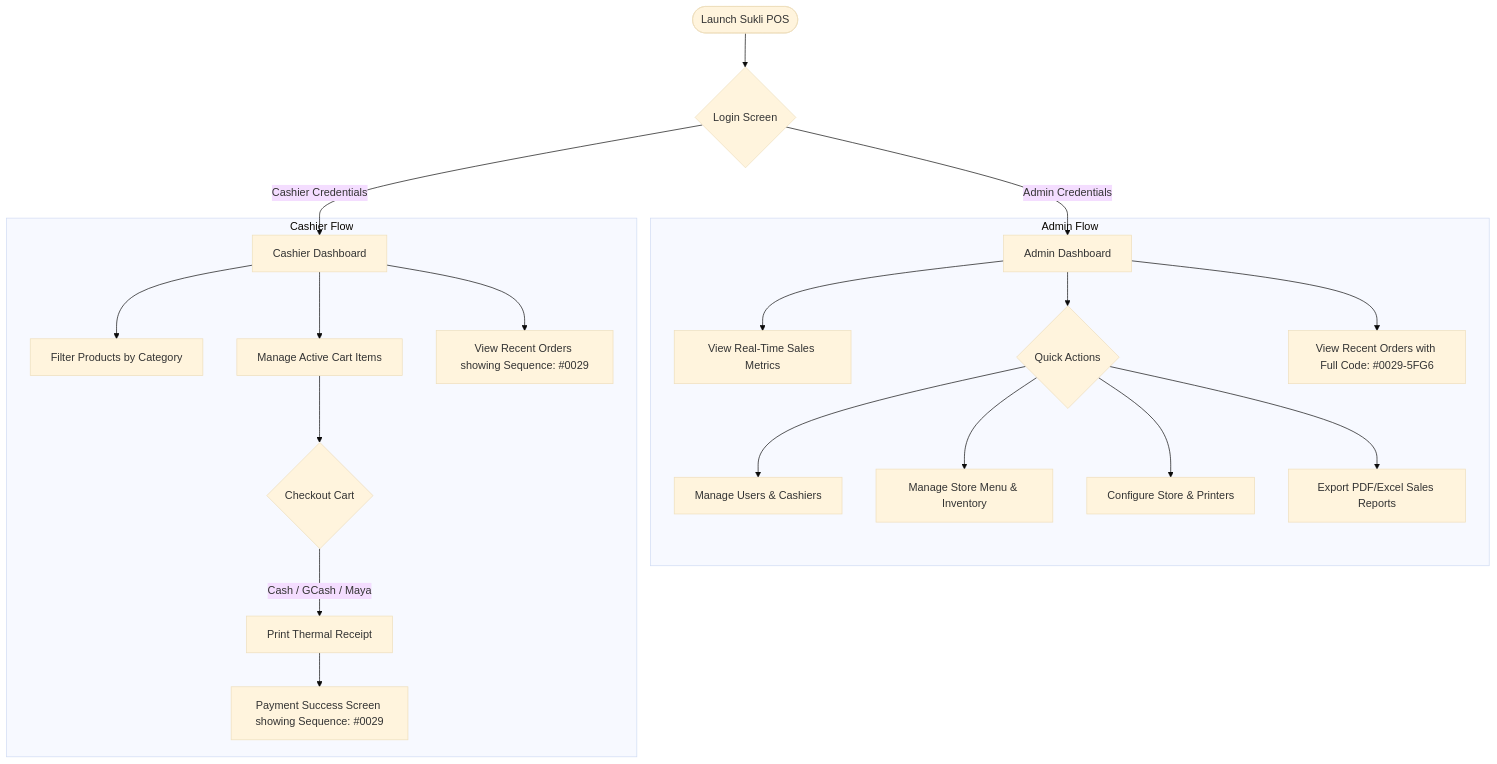
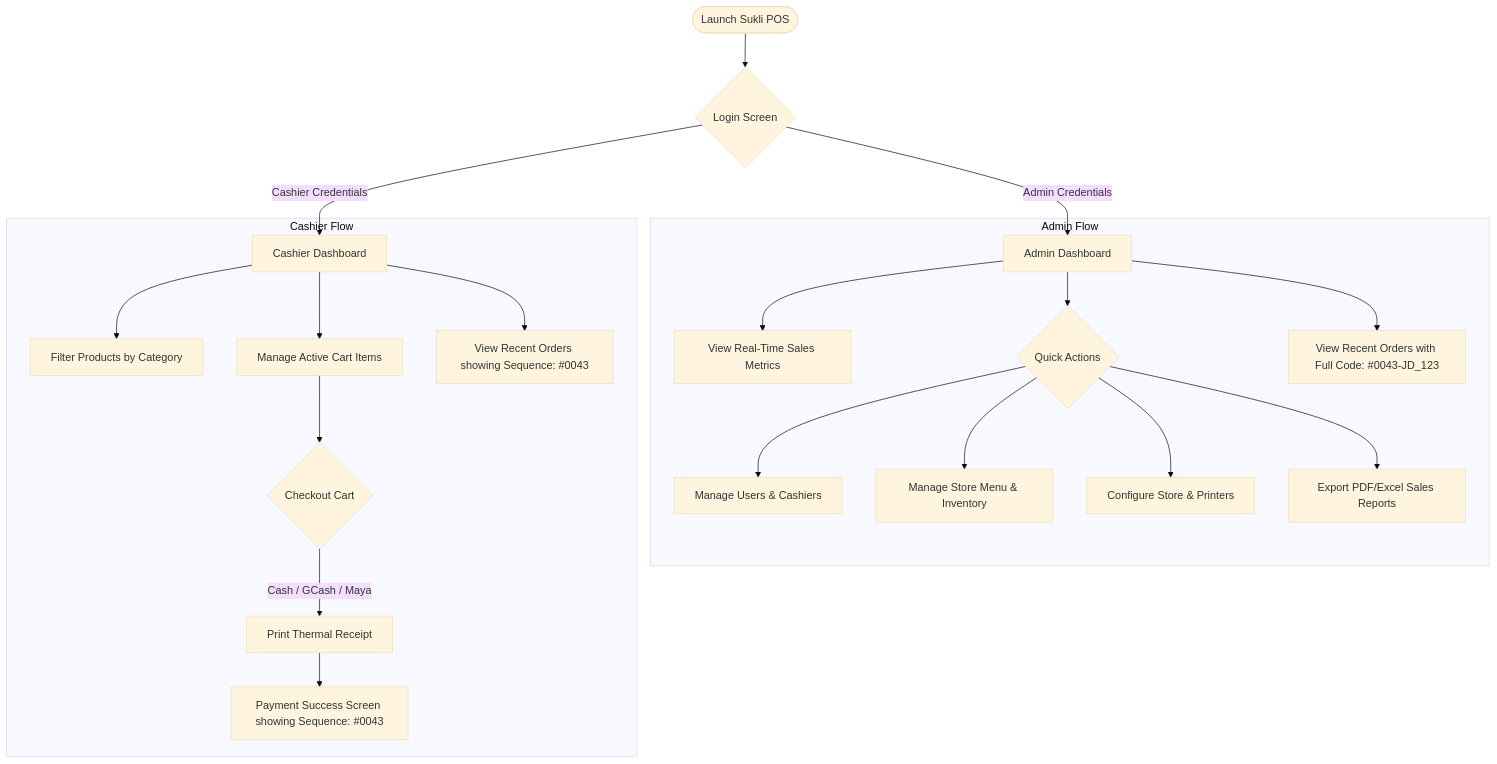
The diagram in README.md (tsugumii21/Sukli_POS), drawn with Mermaid (base theme) before and after one commit. The commit also changed other lines of this file, not shown here.

Commit message:
docs: update README.md with setup guide, env vars, test commands, and receipt printer features

````diff
--- a/README.md
+++ b/README.md
@@ -31,25 +83,25 @@
 ```mermaid
 graph TD
     Start([Launch Sukli POS]) --> Auth{Login Screen}
     Auth -->|Admin Credentials| AdminDash[Admin Dashboard]
     Auth -->|Cashier Credentials| CashierDash[Cashier Dashboard]
     
     subgraph Admin Flow
         AdminDash --> SalesMetrics[View Real-Time Sales Metrics]
         AdminDash --> QuickActions{Quick Actions}
         QuickActions --> Users[Manage Users & Cashiers]
         QuickActions --> Menu[Manage Store Menu & Inventory]
         QuickActions --> Settings[Configure Store & Printers]
         QuickActions --> Reports[Export PDF/Excel Sales Reports]
-        AdminDash --> RecentActAdmin[View Recent Orders with Full Code: #0029-5FG6]
+        AdminDash --> RecentActAdmin[View Recent Orders with Full Code: #0043-JD_123]
     end
     
     subgraph Cashier Flow
         CashierDash --> CategoryFilter[Filter Products by Category]
         CashierDash --> CartManage[Manage Active Cart Items]
         CartManage --> Checkout{Checkout Cart}
         Checkout -->|Cash / GCash / Maya| ReceiptPrint[Print Thermal Receipt]
-        ReceiptPrint --> SuccessScreen[Payment Success Screen showing Sequence: #0029]
-        CashierDash --> RecentActCashier[View Recent Orders showing Sequence: #0029]
+        ReceiptPrint --> SuccessScreen[Payment Success Screen showing Sequence: #0043]
+        CashierDash --> RecentActCashier[View Recent Orders showing Sequence: #0043]
     end
 ```
````
